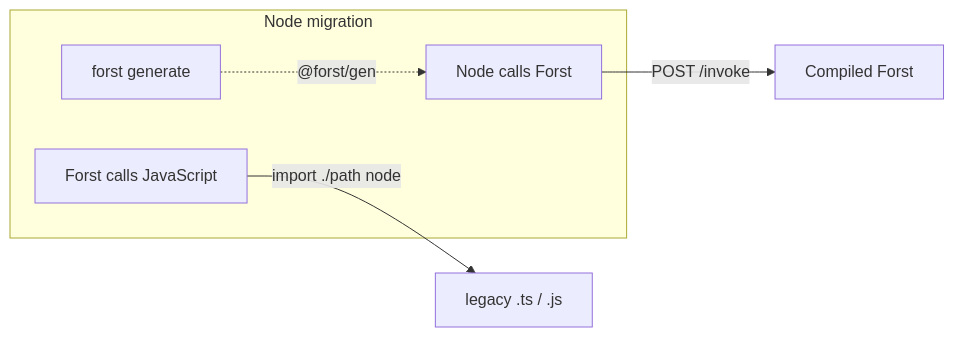
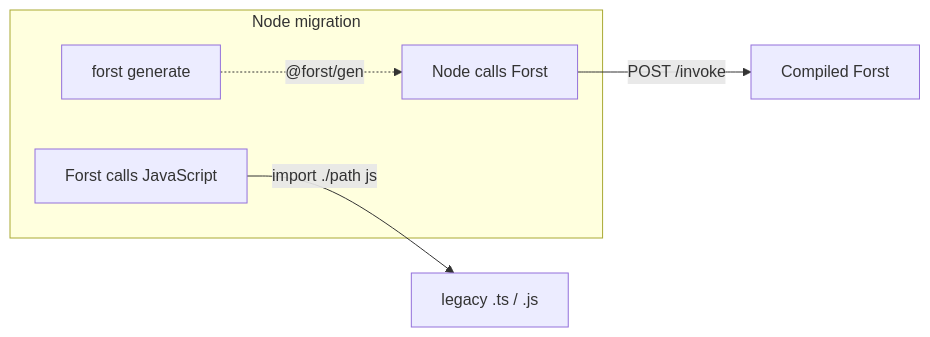
The diagram in docs/interop/node.mdx (forst-lang/forst), drawn with Mermaid before and after one commit. The commit also changed other lines of this file and 532 other files, not shown here.

````diff
--- a/docs/interop/node.mdx
+++ b/docs/interop/node.mdx
@@ -23,12 +23,12 @@
 ```mermaid
 flowchart LR
   subgraph nodePath [Node migration]
     GenTypes["forst generate"]
     NodeToForst["Node calls Forst"]
     ForstToJS["Forst calls JavaScript"]
   end
 
   GenTypes -.->|"@forst/gen"| NodeToForst
   NodeToForst -->|"POST /invoke"| ForstBinary[Compiled Forst]
-  ForstToJS -->|"import ./path node"| LegacyJS["legacy .ts / .js"]
+  ForstToJS -->|"import ./path js"| LegacyJS["legacy .ts / .js"]
 ```
````
